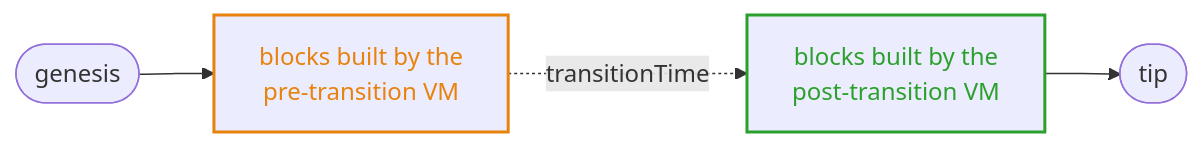
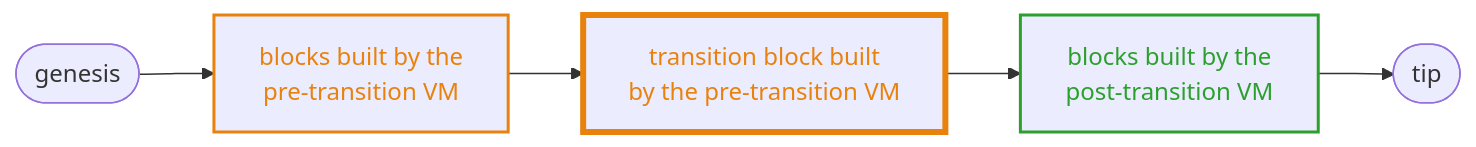
One commit to ava-labs/avalanchego changed the first of 5 diagrams in vms/transitionvm/README.md. Above: the diagram before and after it, drawn with Mermaid. The commit also changed other lines of this file and 10 other files, not shown here.

````diff
--- a/vms/transitionvm/README.md
+++ b/vms/transitionvm/README.md
@@ -50,11 +49,14 @@
 ```mermaid
 flowchart LR
     g(["genesis"]) --> pre["blocks built by the<br/>pre-transition VM"]
-    pre -. "transitionTime" .-> post["blocks built by the<br/>post-transition VM"]
+    pre --> tb["transition block built<br/>by the pre-transition VM"]
+    tb --> post["blocks built by the<br/>post-transition VM"]
     post --> tip(["tip"])
 
     classDef preCls stroke:#e8820c,stroke-width:2px,color:#e8820c;
     classDef postCls stroke:#2ca02c,stroke-width:2px,color:#2ca02c;
+    classDef boundaryCls stroke:#e8820c,stroke-width:4px,color:#e8820c;
     class pre preCls;
+    class tb boundaryCls;
     class post postCls;
 ```
````
